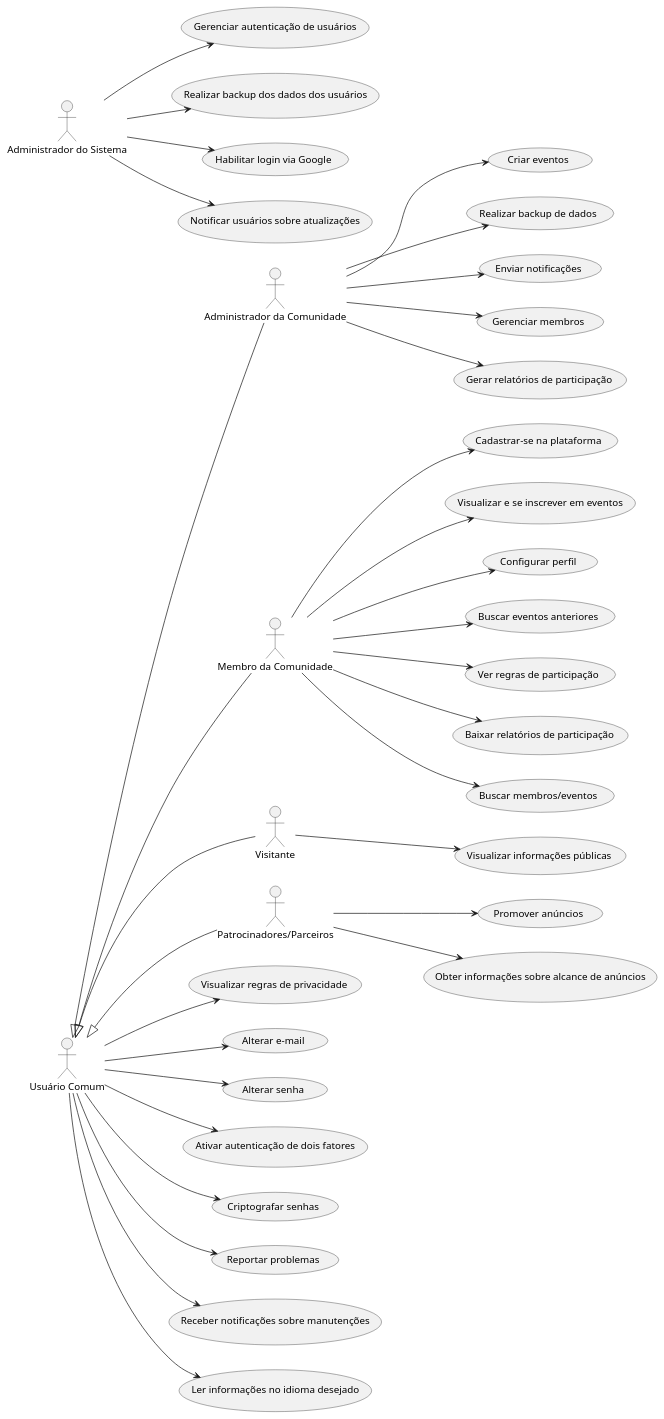
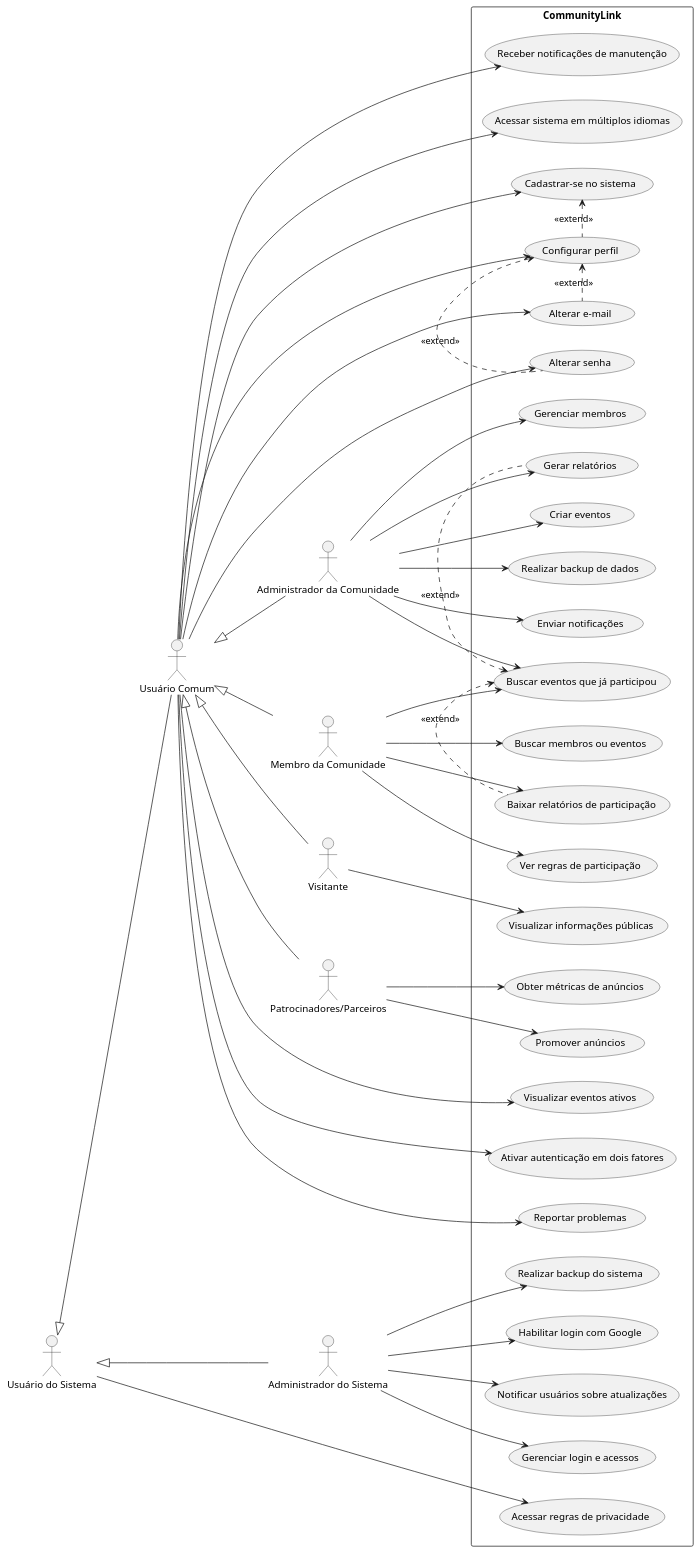
The diagram in specs/casos-de-uso/uml-geral.md (l-e-t-i-c-i-a/APS), drawn with PlantUML before and after one commit.

```diff
--- a/specs/casos-de-uso/uml-geral.md
+++ b/specs/casos-de-uso/uml-geral.md
@@ -4,6 +4,7 @@
 
 left to right direction
 
+actor "Usuário do Sistema" as US
 actor "Usuário Comum" as UC
 actor "Administrador da Comunidade" as AC
 actor "Membro da Comunidade" as MC
@@ -11,65 +12,80 @@
 actor "Patrocinadores/Parceiros" as PP
 actor "Administrador do Sistema" as AS
 
+US <|-- UC
+US <|-- AS
 UC <|-- AC
 UC <|-- MC
 UC <|-- V
 UC <|-- PP
 
-usecase "Criar eventos" as UC001
-usecase "Realizar backup de dados" as UC002
-usecase "Enviar notificações" as UC003
-usecase "Gerenciar membros" as UC004
-usecase "Gerar relatórios de participação" as UC005
-usecase "Cadastrar-se na plataforma" as UC006
-usecase "Visualizar e se inscrever em eventos" as UC007
-usecase "Configurar perfil" as UC008
-usecase "Buscar eventos anteriores" as UC009
-usecase "Ver regras de participação" as UC010
-usecase "Baixar relatórios de participação" as UC011
-usecase "Buscar membros/eventos" as UC012
-usecase "Visualizar informações públicas" as UC013
-usecase "Promover anúncios" as UC014
-usecase "Obter informações sobre alcance de anúncios" as UC015
-usecase "Gerenciar autenticação de usuários" as UC016
-usecase "Realizar backup dos dados dos usuários" as UC017
-usecase "Habilitar login via Google" as UC018
-usecase "Notificar usuários sobre atualizações" as UC019
-usecase "Visualizar regras de privacidade" as UC020
-usecase "Alterar e-mail" as UC021
-usecase "Alterar senha" as UC022
-usecase "Ativar autenticação de dois fatores" as UC023
-usecase "Criptografar senhas" as UC024
-usecase "Reportar problemas" as UC025
-usecase "Receber notificações sobre manutenções" as UC026
-usecase "Ler informações no idioma desejado" as UC027
+rectangle CommunityLink {
+    usecase "Criar eventos" as UC01
+    usecase "Realizar backup de dados" as UC02
+    usecase "Enviar notificações" as UC03
+    usecase "Gerenciar membros" as UC04
+    usecase "Gerar relatórios" as UC05
+    usecase "Cadastrar-se no sistema" as UC06
+    usecase "Visualizar eventos ativos" as UC07
+    usecase "Configurar perfil" as UC08
+    usecase "Buscar eventos que já participou" as UC09
+    usecase "Ver regras de participação" as UC10
+    usecase "Baixar relatórios de participação" as UC11
+    usecase "Buscar membros ou eventos" as UC12
+    usecase "Visualizar informações públicas" as UC13
+    usecase "Promover anúncios" as UC14
+    usecase "Obter métricas de anúncios" as UC15
+    usecase "Gerenciar login e acessos" as UC16
+    usecase "Realizar backup do sistema" as UC17
+    usecase "Habilitar login com Google" as UC18
+    usecase "Notificar usuários sobre atualizações" as UC19
+    usecase "Acessar regras de privacidade" as UC20
+    usecase "Alterar e-mail" as UC21
+    usecase "Alterar senha" as UC22
+    usecase "Ativar autenticação em dois fatores" as UC23
+    usecase "Reportar problemas" as UC24
+    usecase "Receber notificações de manutenção" as UC25
+    usecase "Acessar sistema em múltiplos idiomas" as UC26
+}
 
-AC --> UC001
-AC --> UC002
-AC --> UC003
-AC --> UC004
-AC --> UC005
-MC --> UC006
-MC --> UC007
-MC --> UC008
-MC --> UC009
-MC --> UC010
-MC --> UC011
-MC --> UC012
-V --> UC013
-PP --> UC014
-PP --> UC015
-AS --> UC016
-AS --> UC017
-AS --> UC018
-AS --> UC019
-UC --> UC020
-UC --> UC021
-UC --> UC022
-UC --> UC023
-UC --> UC024
-UC --> UC025
-UC --> UC026
-UC --> UC027
+AC --> UC01
+AC --> UC02
+AC --> UC03
+AC --> UC04
+AC --> UC05
+AC --> UC09
+
+MC --> UC09
+MC --> UC10
+MC --> UC11
+MC --> UC12
+
+V --> UC13
+
+PP --> UC14
+PP --> UC15
+
+AS --> UC16
+AS --> UC17
+AS --> UC18
+AS --> UC19
+
+UC --> UC06
+UC --> UC07
+UC --> UC08
+UC --> UC21
+UC --> UC22
+UC --> UC23
+UC --> UC24
+UC --> UC25
+UC --> UC26
+
+US --> UC20
+
+UC06 <. UC08: <<extend>>
+UC08 <. UC21: <<extend>>
+UC08 <. UC22: <<extend>>
+UC09 <. UC05: <<extend>>
+UC09 <. UC11: <<extend>>
 
 @enduml
```
